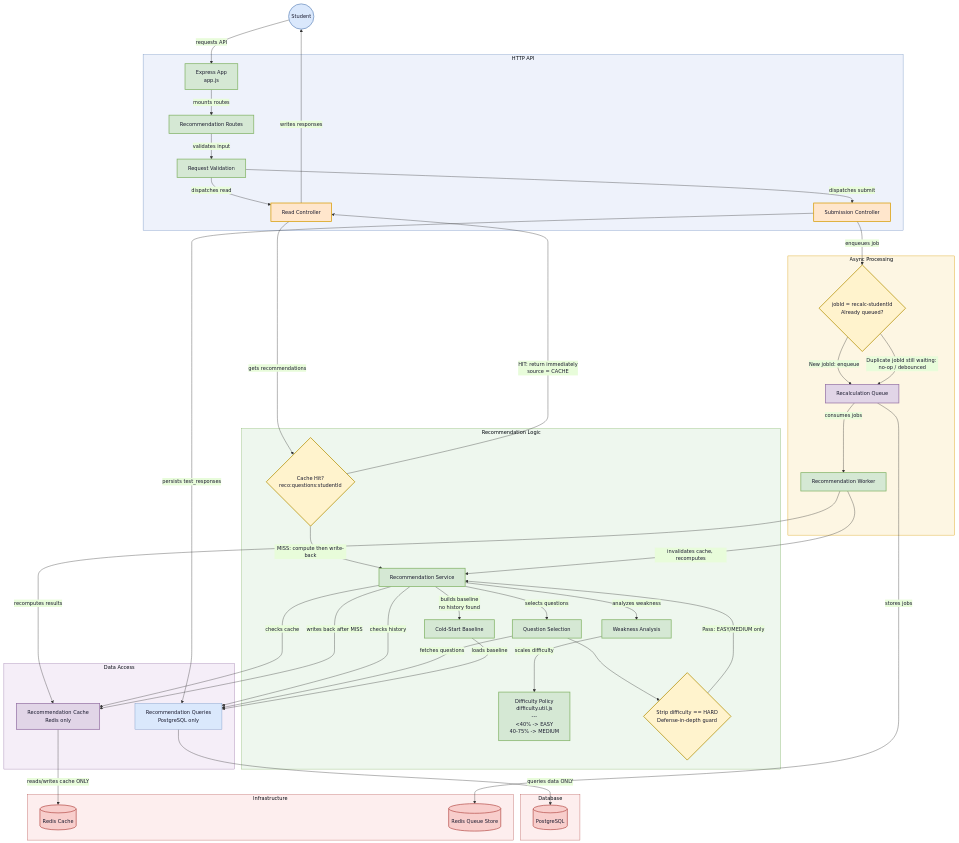
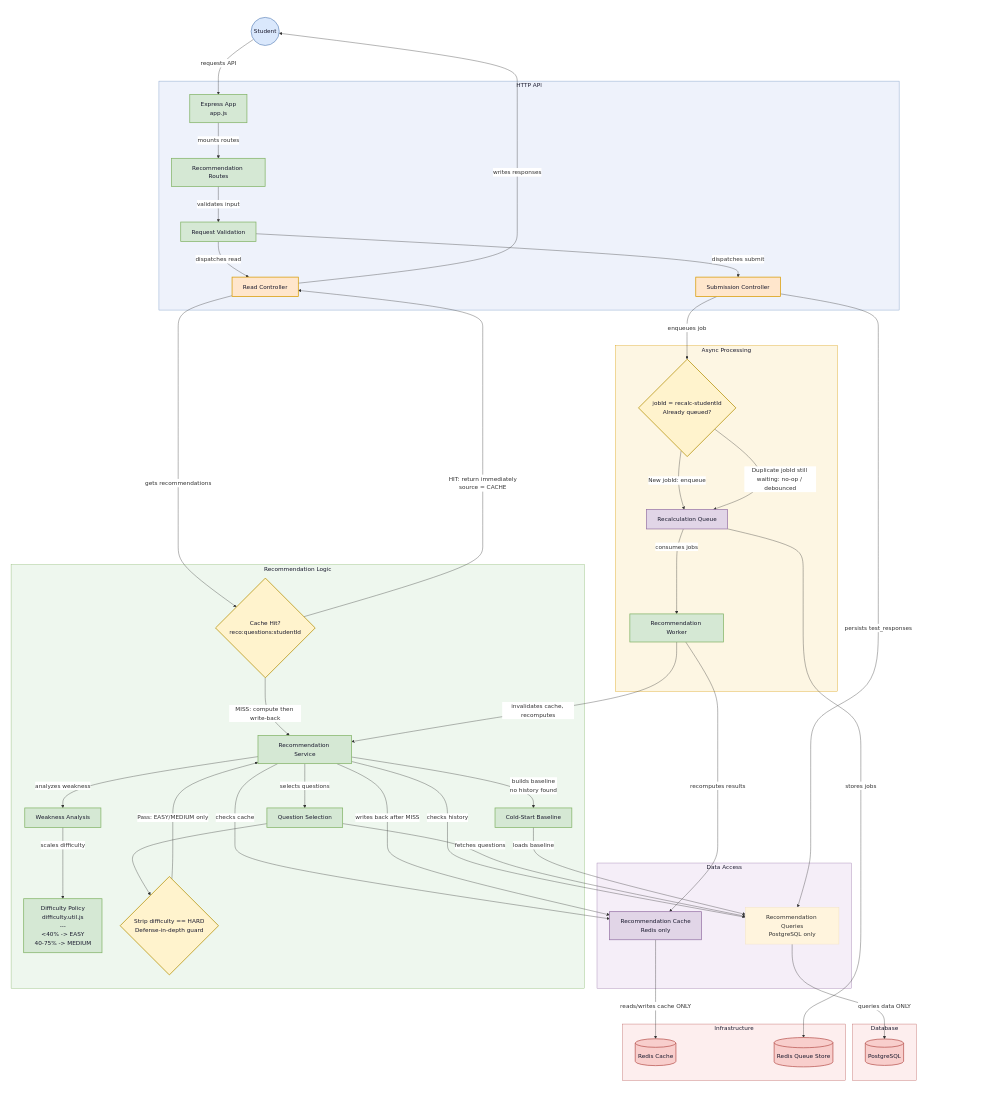
One commit to nabakrishna/VigilantEdu changed the diagram in recommendation-engine/diagraflow.md. Above: the diagram before and after it, drawn with Mermaid.

Commit message:
updating the diahram

````diff
--- a/recommendation-engine/diagraflow.md
+++ b/recommendation-engine/diagraflow.md
@@ -1,90 +1,89 @@
 ```mermaid
-%%{init: {'theme': 'base', 'themeVariables': { 'primaryColor': '#dae8fc', 'primaryBorderColor': '#6c8ebf', 'primaryTextColor': '#1a1a2e', 'lineColor': '#333333', 'fontSize': '14px', 'background': '#f3f0fb' }}}%%
+%%{init: {'theme': 'base', 'themeVariables': { 'lineColor': '#333333', 'textColor': '#1a1a2e', 'edgeLabelBackground': '#ffffff' }}}%%
 graph TD
 
-    Student((Student))
+    subgraph Background [ ]
+        direction TD
 
-    subgraph HTTPAPI["HTTP API"]
-        AppJS[Express App<br/>app.js]
-        Routes[Recommendation Routes]
-        Validate[Request Validation]
-        ReadCtrl[Read Controller]
-        SubmitCtrl[Submission Controller]
+        Student((Student))
+
+        subgraph HTTPAPI["HTTP API"]
+            AppJS[Express App<br/>app.js]
+            Routes[Recommendation Routes]
+            Validate[Request Validation]
+            ReadCtrl[Read Controller]
+            SubmitCtrl[Submission Controller]
+        end
+
+        subgraph AsyncProcessing["Async Processing"]
+            Worker[Recommendation Worker]
+            Queue[Recalculation Queue]
+            JobIdCheck{"jobId = recalc-studentId<br/>Already queued?"}
+        end
+
+        subgraph RecoLogic["Recommendation Logic"]
+            RecoService[Recommendation Service]
+            CacheGate{"Cache Hit?<br/>reco:questions:studentId"}
+            WeaknessAnalysis[Weakness Analysis]
+            DiffPolicy["Difficulty Policy<br/>difficulty.util.js<br/>---<br/>&lt;40% -&gt; EASY<br/>40-75% -&gt; MEDIUM"]
+            QuestionSelection[Question Selection]
+            HardFilter{"Strip difficulty == HARD<br/>Defense-in-depth guard"}
+            ColdStart[Cold-Start Baseline]
+        end
+
+        subgraph DataAccess["Data Access"]
+            Cache[Recommendation Cache<br/>Redis only]
+            Queries[Recommendation Queries<br/>PostgreSQL only]
+        end
+
+        subgraph Database["Database"]
+            Postgres[(PostgreSQL)]
+        end
+
+        subgraph Infrastructure["Infrastructure"]
+            RedisCache[(Redis Cache)]
+            RedisQueue[(Redis Queue Store)]
+        end
+
+        Student -->|requests API| AppJS
+        AppJS -->|mounts routes| Routes
+        Routes -->|validates input| Validate
+        Validate -->|dispatches read| ReadCtrl
+        Validate -->|dispatches submit| SubmitCtrl
+
+        ReadCtrl -->|gets recommendations| CacheGate
+        CacheGate -->|"HIT: return immediately<br/>source = CACHE"| ReadCtrl
+        CacheGate -->|"MISS: compute then write-back"| RecoService
+        ReadCtrl -->|writes responses| Student
+
+        SubmitCtrl -->|persists test_responses| Queries
+        SubmitCtrl -->|enqueues job| JobIdCheck
+        JobIdCheck -->|"New jobId: enqueue"| Queue
+        JobIdCheck -->|"Duplicate jobId still waiting: no-op / debounced"| Queue
+
+        Queue -->|stores jobs| RedisQueue
+        Queue -->|consumes jobs| Worker
+        Worker -->|invalidates cache, recomputes| RecoService
+        Worker -->|recomputes results| Cache
+
+        RecoService -->|checks history| Queries
+        RecoService -->|analyzes weakness| WeaknessAnalysis
+        WeaknessAnalysis -->|scales difficulty| DiffPolicy
+        RecoService -->|selects questions| QuestionSelection
+        QuestionSelection -->|fetches questions| Queries
+        QuestionSelection --> HardFilter
+        HardFilter -->|"Pass: EASY/MEDIUM only"| RecoService
+        RecoService -->|builds baseline<br/>no history found| ColdStart
+        ColdStart -->|loads baseline| Queries
+        RecoService -->|checks cache| Cache
+        RecoService -->|writes back after MISS| Cache
+
+        Cache -->|reads/writes cache ONLY| RedisCache
+        Queries -->|queries data ONLY| Postgres
     end
 
-    subgraph AsyncProcessing["Async Processing"]
-        Worker[Recommendation Worker]
-        Queue[Recalculation Queue]
-        JobIdCheck{"jobId = recalc-studentId<br/>Already queued?"}
-    end
+    style Background fill:#ffffff,stroke:#ffffff,color:#ffffff
 
-    subgraph RecoLogic["Recommendation Logic"]
-        RecoService[Recommendation Service]
-        CacheGate{"Cache Hit?<br/>reco:questions:studentId"}
-        WeaknessAnalysis[Weakness Analysis]
-        DiffPolicy["Difficulty Policy<br/>difficulty.util.js<br/>---<br/>&lt;40% -&gt; EASY<br/>40-75% -&gt; MEDIUM"]
-        QuestionSelection[Question Selection]
-        HardFilter{"Strip difficulty == HARD<br/>Defense-in-depth guard"}
-        ColdStart[Cold-Start Baseline]
-    end
-
-    subgraph DataAccess["Data Access"]
-        Cache[Recommendation Cache<br/>Redis only]
-        Queries[Recommendation Queries<br/>PostgreSQL only]
-    end
-
-    subgraph Database["Database"]
-        Postgres[(PostgreSQL)]
-    end
-
-    subgraph Infrastructure["Infrastructure"]
-        RedisCache[(Redis Cache)]
-        RedisQueue[(Redis Queue Store)]
-    end
-
-    %% ===================== STUDENT REQUEST FLOW =====================
-    Student -->|requests API| AppJS
-    AppJS -->|mounts routes| Routes
-    Routes -->|validates input| Validate
-    Validate -->|dispatches read| ReadCtrl
-    Validate -->|dispatches submit| SubmitCtrl
-
-    %% ===================== READ PATH: CACHE-FIRST =====================
-    ReadCtrl -->|gets recommendations| CacheGate
-    CacheGate -->|"HIT: return immediately<br/>source = CACHE"| ReadCtrl
-    CacheGate -->|"MISS: compute then write-back"| RecoService
-    ReadCtrl -->|writes responses| Student
-
-    %% ===================== SUBMISSION FLOW =====================
-    SubmitCtrl -->|persists test_responses| Queries
-    SubmitCtrl -->|enqueues job| JobIdCheck
-    JobIdCheck -->|"New jobId: enqueue"| Queue
-    JobIdCheck -->|"Duplicate jobId still waiting: no-op / debounced"| Queue
-
-    %% ===================== ASYNC WORKER FLOW =====================
-    Queue -->|stores jobs| RedisQueue
-    Queue -->|consumes jobs| Worker
-    Worker -->|invalidates cache, recomputes| RecoService
-    Worker -->|recomputes results| Cache
-
-    %% ===================== SERVICE LOGIC =====================
-    RecoService -->|checks history| Queries
-    RecoService -->|analyzes weakness| WeaknessAnalysis
-    WeaknessAnalysis -->|scales difficulty| DiffPolicy
-    RecoService -->|selects questions| QuestionSelection
-    QuestionSelection -->|fetches questions| Queries
-    QuestionSelection --> HardFilter
-    HardFilter -->|"Pass: EASY/MEDIUM only"| RecoService
-    RecoService -->|builds baseline<br/>no history found| ColdStart
-    ColdStart -->|loads baseline| Queries
-    RecoService -->|checks cache| Cache
-    RecoService -->|writes back after MISS| Cache
-
-    %% ===================== DATA ACCESS: STRICTLY SEPARATED =====================
-    Cache -->|reads/writes cache ONLY| RedisCache
-    Queries -->|queries data ONLY| Postgres
-
-    %% ========================= STYLING =========================
     classDef entity fill:#dae8fc,stroke:#6c8ebf,stroke-width:2px,color:#1a1a2e
     classDef controller fill:#ffe6cc,stroke:#d79b00,stroke-width:2px,color:#1a1a2e
     classDef process fill:#d5e8d4,stroke:#82b366,stroke-width:2px,color:#1a1a2e
@@ -99,10 +98,10 @@
     class Postgres,RedisCache,RedisQueue database
     class CacheGate,HardFilter,JobIdCheck decision
 
-    style HTTPAPI fill:#eef2fb,stroke:#6c8ebf,stroke-width:1px
-    style AsyncProcessing fill:#fdf6e3,stroke:#d79b00,stroke-width:1px
-    style RecoLogic fill:#eef7ee,stroke:#82b366,stroke-width:1px
-    style DataAccess fill:#f5eef8,stroke:#9673a6,stroke-width:1px
-    style Database fill:#fdeeee,stroke:#b85450,stroke-width:1px
-    style Infrastructure fill:#fdeeee,stroke:#b85450,stroke-width:1px
+    style HTTPAPI fill:#eef2fb,stroke:#6c8ebf,stroke-width:1px,color:#1a1a2e
+    style AsyncProcessing fill:#fdf6e3,stroke:#d79b00,stroke-width:1px,color:#1a1a2e
+    style RecoLogic fill:#eef7ee,stroke:#82b366,stroke-width:1px,color:#1a1a2e
+    style DataAccess fill:#f5eef8,stroke:#9673a6,stroke-width:1px,color:#1a1a2e
+    style Database fill:#fdeeee,stroke:#b85450,stroke-width:1px,color:#1a1a2e
+    style Infrastructure fill:#fdeeee,stroke:#b85450,stroke-width:1px,color:#1a1a2e
 ```
````
